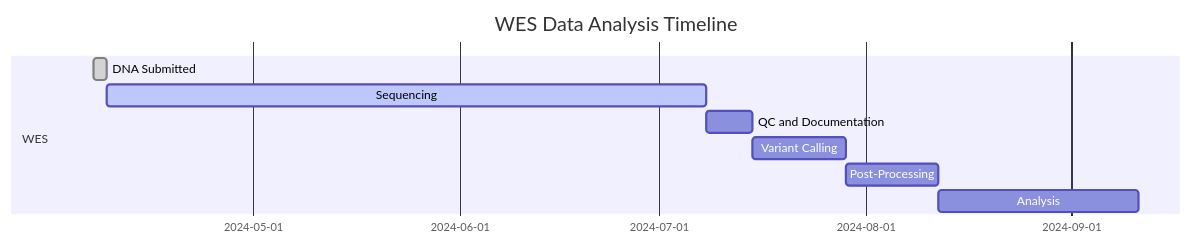
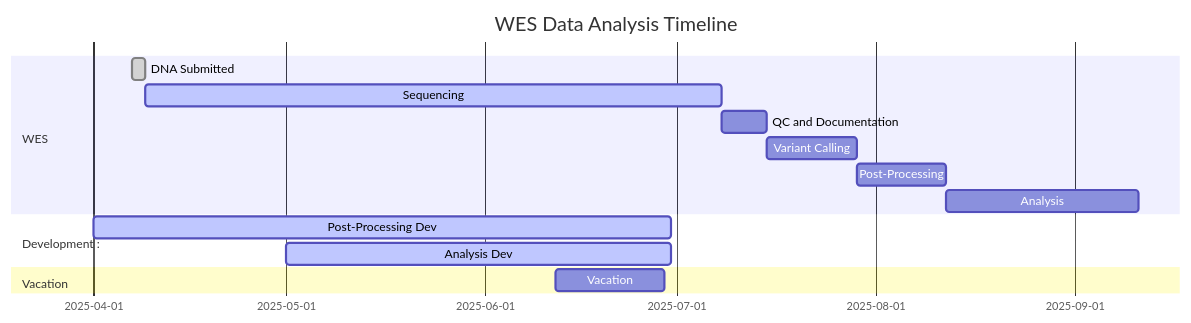
One commit to delpropo/WES_Analysis_11340_9740 changed the first of 2 diagrams in README.md. Above: the diagram before and after it, drawn with Mermaid. The commit also changed other lines of this file, not shown here.

Commit message:
README.md

````diff
--- a/README.md
+++ b/README.md
@@ -16,12 +16,18 @@
 ```mermaid
 gantt
     title WES Data Analysis Timeline
     dateFormat YYYY-MM-DD
     section WES
-        DNA Submitted          :done,   wes1, 2024-04-07, 2d
+        DNA Submitted          :done,   wes1, 2025-04-07, 2d
         Sequencing             :active, wes2, after wes1, 90d
         QC and Documentation   :        wes3, after wes2, 7d
         Variant Calling        :        analysis1, after wes3, 14d
         Post-Processing        :        analysis2, after analysis1, 14d
         Analysis               :        analysis3, after analysis2, 30d
+    section Development        :
+        Post-Processing Dev    :active, dev1, 2025-04-01, 90d
+        Analysis Dev           :active, dev2, 2025-05-01, 60d
+    section Vacation
+        Vacation               :        vac1, 2025-06-12, 17d
+
 ```
````
